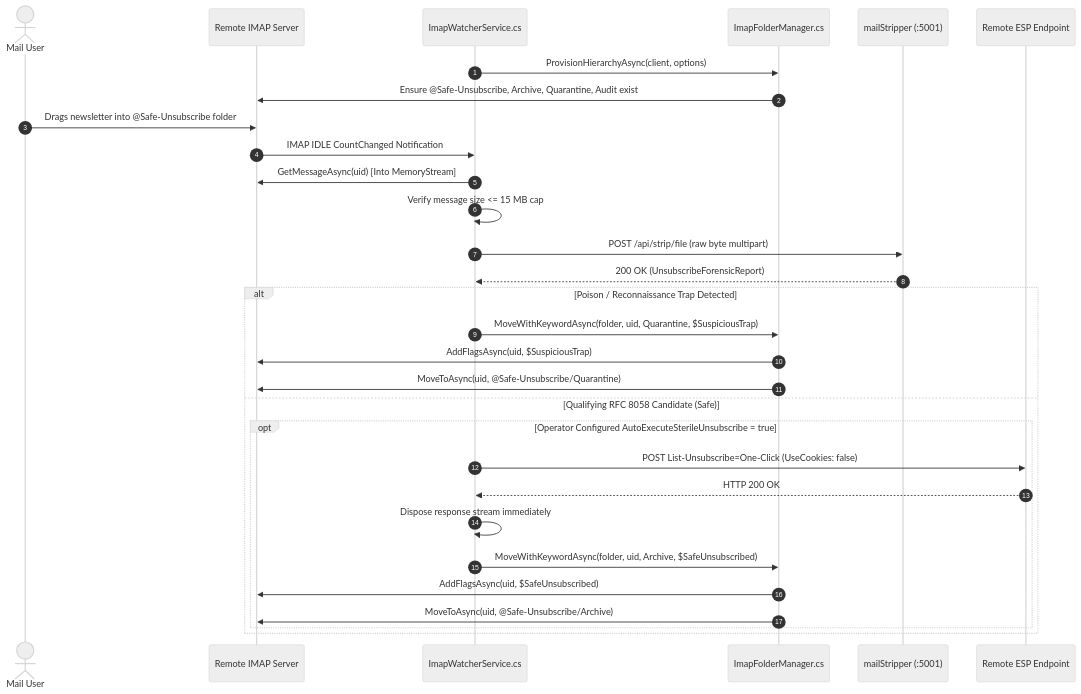
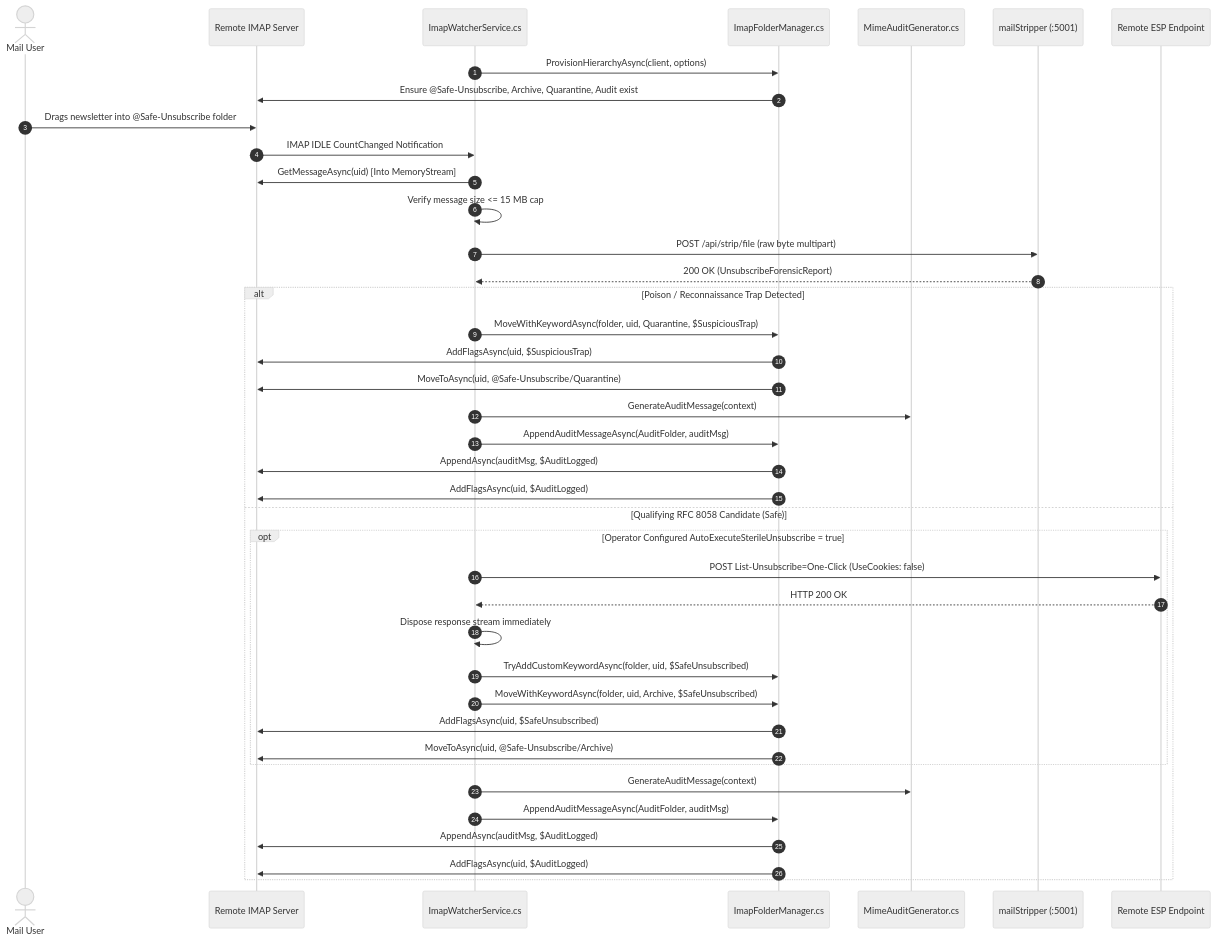
Before and after one commit to knowthankyew/mail-stripper-imap: the second of 2 diagrams in docs/ARCHITECTURE.md, drawn with Mermaid (neutral theme). The commit also changed other lines of this file and 10 other files, not shown here.

````diff
--- a/docs/ARCHITECTURE.md
+++ b/docs/ARCHITECTURE.md
@@ -77,34 +78,44 @@
 ```mermaid
 sequenceDiagram
     autonumber
     actor User as Mail User
     participant IMAP as Remote IMAP Server
     participant Watcher as ImapWatcherService.cs
     participant FolderMgr as ImapFolderManager.cs
+    participant AuditGen as MimeAuditGenerator.cs
     participant LocalMS as mailStripper (:5001)
     participant RemoteESP as Remote ESP Endpoint
 
     Watcher->>FolderMgr: ProvisionHierarchyAsync(client, options)
     FolderMgr->>IMAP: Ensure @Safe-Unsubscribe, Archive, Quarantine, Audit exist
     User->>IMAP: Drags newsletter into @Safe-Unsubscribe folder
     IMAP->>Watcher: IMAP IDLE CountChanged Notification
     Watcher->>IMAP: GetMessageAsync(uid) [Into MemoryStream]
     Watcher->>Watcher: Verify message size <= 15 MB cap
     Watcher->>LocalMS: POST /api/strip/file (raw byte multipart)
     LocalMS-->>Watcher: 200 OK (UnsubscribeForensicReport)
 
     alt Poison / Reconnaissance Trap Detected
         Watcher->>FolderMgr: MoveWithKeywordAsync(folder, uid, Quarantine, $SuspiciousTrap)
         FolderMgr->>IMAP: AddFlagsAsync(uid, $SuspiciousTrap)
         FolderMgr->>IMAP: MoveToAsync(uid, @Safe-Unsubscribe/Quarantine)
+        Watcher->>AuditGen: GenerateAuditMessage(context)
+        Watcher->>FolderMgr: AppendAuditMessageAsync(AuditFolder, auditMsg)
+        FolderMgr->>IMAP: AppendAsync(auditMsg, $AuditLogged)
+        FolderMgr->>IMAP: AddFlagsAsync(uid, $AuditLogged)
     else Qualifying RFC 8058 Candidate (Safe)
         opt Operator Configured AutoExecuteSterileUnsubscribe = true
             Watcher->>RemoteESP: POST List-Unsubscribe=One-Click (UseCookies: false)
             RemoteESP-->>Watcher: HTTP 200 OK
             Watcher->>Watcher: Dispose response stream immediately
+            Watcher->>FolderMgr: TryAddCustomKeywordAsync(folder, uid, $SafeUnsubscribed)
             Watcher->>FolderMgr: MoveWithKeywordAsync(folder, uid, Archive, $SafeUnsubscribed)
             FolderMgr->>IMAP: AddFlagsAsync(uid, $SafeUnsubscribed)
             FolderMgr->>IMAP: MoveToAsync(uid, @Safe-Unsubscribe/Archive)
         end
+        Watcher->>AuditGen: GenerateAuditMessage(context)
+        Watcher->>FolderMgr: AppendAuditMessageAsync(AuditFolder, auditMsg)
+        FolderMgr->>IMAP: AppendAsync(auditMsg, $AuditLogged)
+        FolderMgr->>IMAP: AddFlagsAsync(uid, $AuditLogged)
     end
 ```
````
